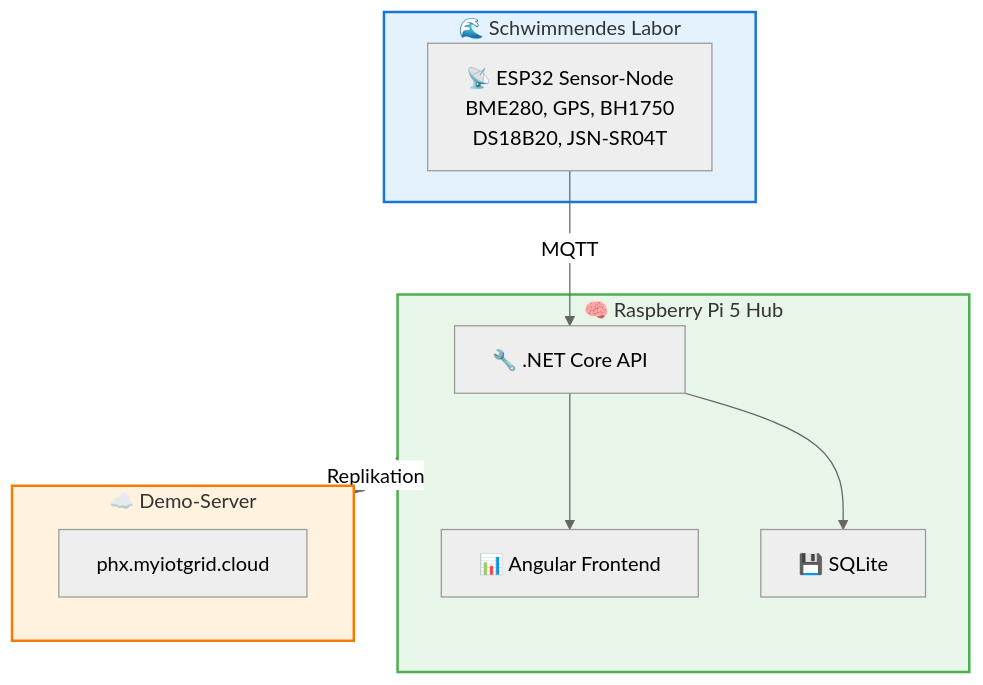
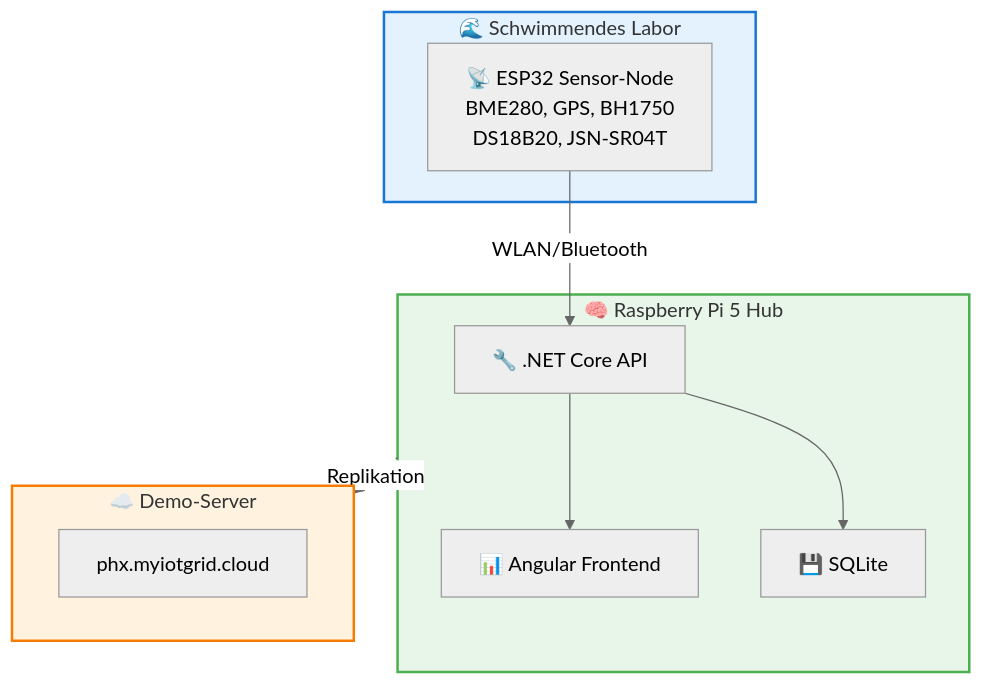
Before and after one commit to Frankseins/myIoTGrid.Phx: the diagram in README.md, drawn with Mermaid (neutral theme). The commit also changed other lines of this file, not shown here.

````diff
--- a/README.md
+++ b/README.md
@@ -70,25 +71,25 @@
 ```mermaid
 flowchart TB
     subgraph BOOT ["🌊 Schwimmendes Labor"]
         NODE["📡 ESP32 Sensor-Node<br/>BME280, GPS, BH1750<br/>DS18B20, JSN-SR04T"]
     end
     
     subgraph RPI ["🧠 Raspberry Pi 5 Hub"]
         API["🔧 .NET Core API"]
         FE["📊 Angular Frontend"]
         DB["💾 SQLite"]
     end
     
     subgraph DEMO ["☁️ Demo-Server"]
         CLOUD["phx.myiotgrid.cloud"]
     end
     
-    NODE -->|"MQTT"| API
+    NODE -->|"WLAN/Bluetooth"| API
     API --> DB
     API --> FE
     RPI -.->|"Replikation"| DEMO
     
     style BOOT fill:#e3f2fd,stroke:#1976d2,stroke-width:2px
     style RPI fill:#e8f5e9,stroke:#4caf50,stroke-width:2px
     style DEMO fill:#fff3e0,stroke:#f57c00,stroke-width:2px
 ```
````
